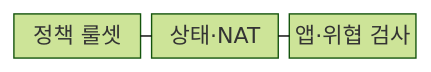
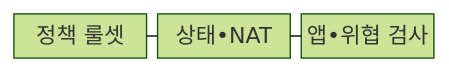
Before and after one commit to agnusdei1207/knowledge-base: the first of 2 diagrams in src/content/docs/notes/05-security/021_firewall.md, drawn with Mermaid (forest theme). The commit also changed other lines of this file and 953 other files, not shown here.

````diff
--- a/src/content/docs/notes/05-security/021_firewall.md
+++ b/src/content/docs/notes/05-security/021_firewall.md
@@ -67,9 +67,9 @@
 ```mermaid
 block-beta
     columns 3
     P["정책 룰셋"]
-    S["상태·NAT"]
-    A["앱·위협 검사"]
+    S["상태•NAT"]
+    A["앱•위협 검사"]
     P --- S
     S --- A
 ```
````
